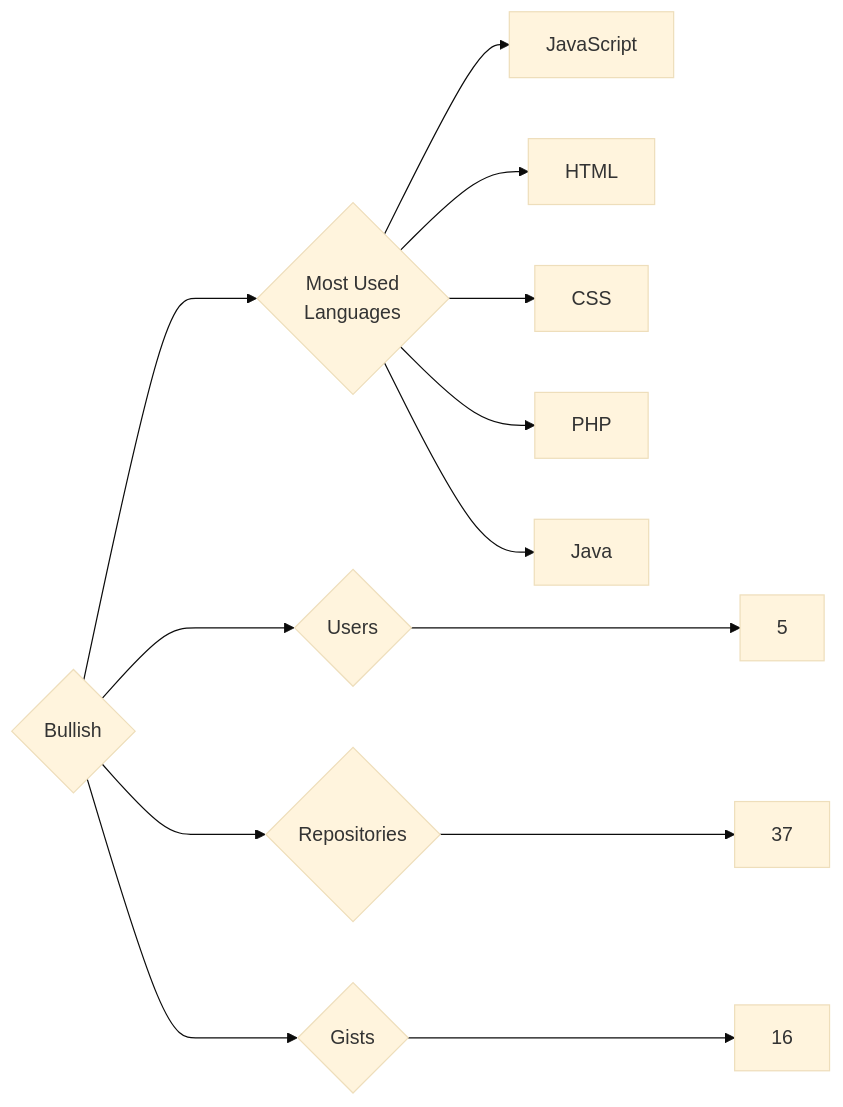
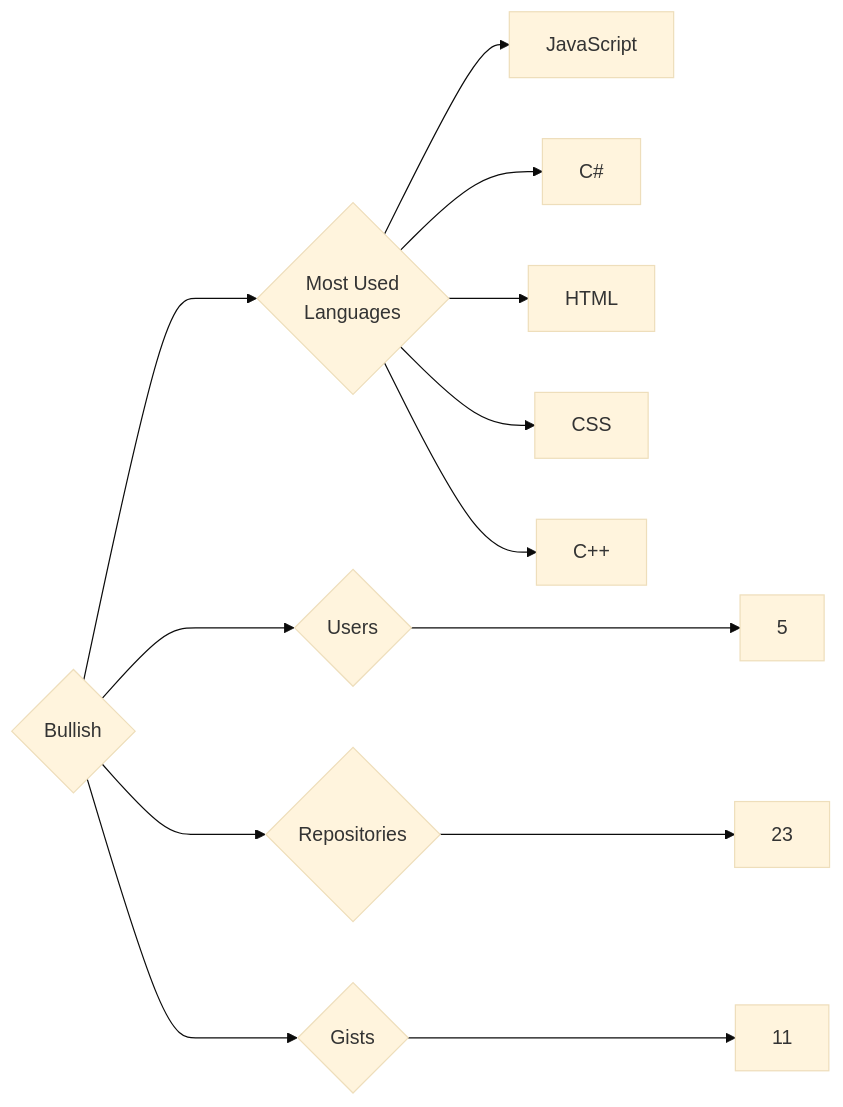
One commit to trickest/insiders changed the diagram in targets/Bullish/README.md. Above: the diagram before and after it, drawn with Mermaid (base theme). The commit also changed 1007 other files, not shown here.

````diff
--- a/targets/Bullish/README.md
+++ b/targets/Bullish/README.md
@@ -3,13 +3,13 @@
 ```mermaid
 graph LR
 COMPANY_NAME{Bullish}
 COMPANY_NAME ---> U{Users} ---> UN[5]
-COMPANY_NAME ---> R{Repositories} ---> RN[37]
-COMPANY_NAME ---> G{Gists} ---> GN[16]
+COMPANY_NAME ---> R{Repositories} ---> RN[23]
+COMPANY_NAME ---> G{Gists} ---> GN[11]
 COMPANY_NAME ---> ML{Most Used<br>Languages}
 ML --> JavaScript[JavaScript]
+ML --> C#[C#]
 ML --> HTML[HTML]
 ML --> CSS[CSS]
-ML --> PHP[PHP]
-ML --> Java[Java]
+ML --> C++[C++]
 ```
````
